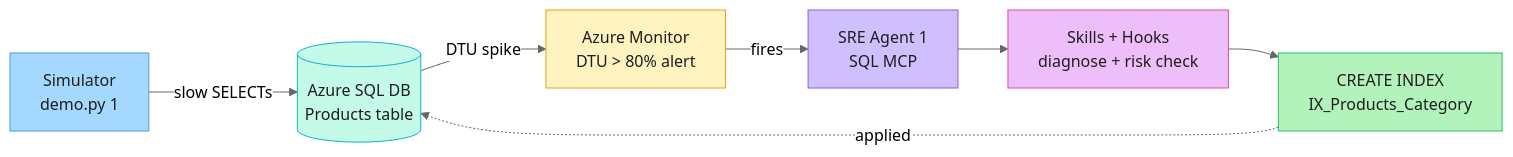
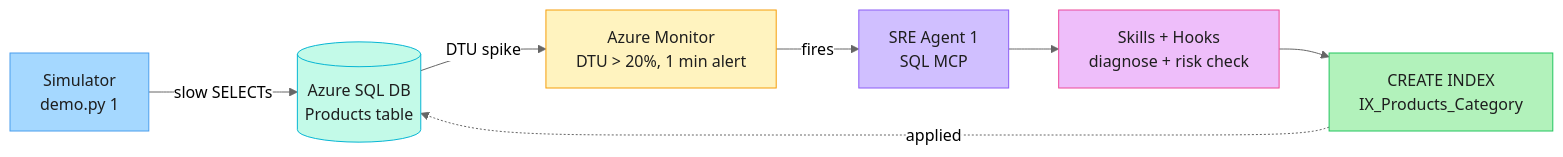
The first of 3 diagrams in README.md (lenvolk/AzureFriday-SREAgent), drawn with Mermaid (neutral theme) before and after one commit. The commit also changed other lines of this file and 3 other files, not shown here.

Commit message:
Refine DTU alert settings for demo scenarios to ensure responsiveness and reliability

````diff
--- a/README.md
+++ b/README.md
@@ -401,15 +406,15 @@
 ```mermaid
 flowchart LR
     SIM[Simulator<br/>demo.py 1]:::input -->|slow SELECTs| SQL[(Azure SQL DB<br/>Products table)]:::data
-    SQL -->|DTU spike| MON[Azure Monitor<br/>DTU > 80% alert]:::warn
+      SQL -->|DTU spike| MON[Azure Monitor<br/>DTU > 20%, 1 min alert]:::warn
     MON -->|fires| SRE[SRE Agent 1<br/>SQL MCP]:::agent
     SRE --> SKILL[Skills + Hooks<br/>diagnose + risk check]:::skill
     SKILL --> FIX[CREATE INDEX<br/>IX_Products_Category]:::fix
     FIX -.applied.-> SQL
     classDef input fill:#a5d8ff,stroke:#4a9eed,color:#1e1e1e
     classDef data fill:#c3fae8,stroke:#06b6d4,color:#1e1e1e
     classDef warn fill:#fff3bf,stroke:#f59e0b,color:#1e1e1e
     classDef agent fill:#d0bfff,stroke:#8b5cf6,color:#1e1e1e
     classDef skill fill:#eebefa,stroke:#ec4899,color:#1e1e1e
     classDef fix fill:#b2f2bb,stroke:#22c55e,color:#1e1e1e
 ```
````
